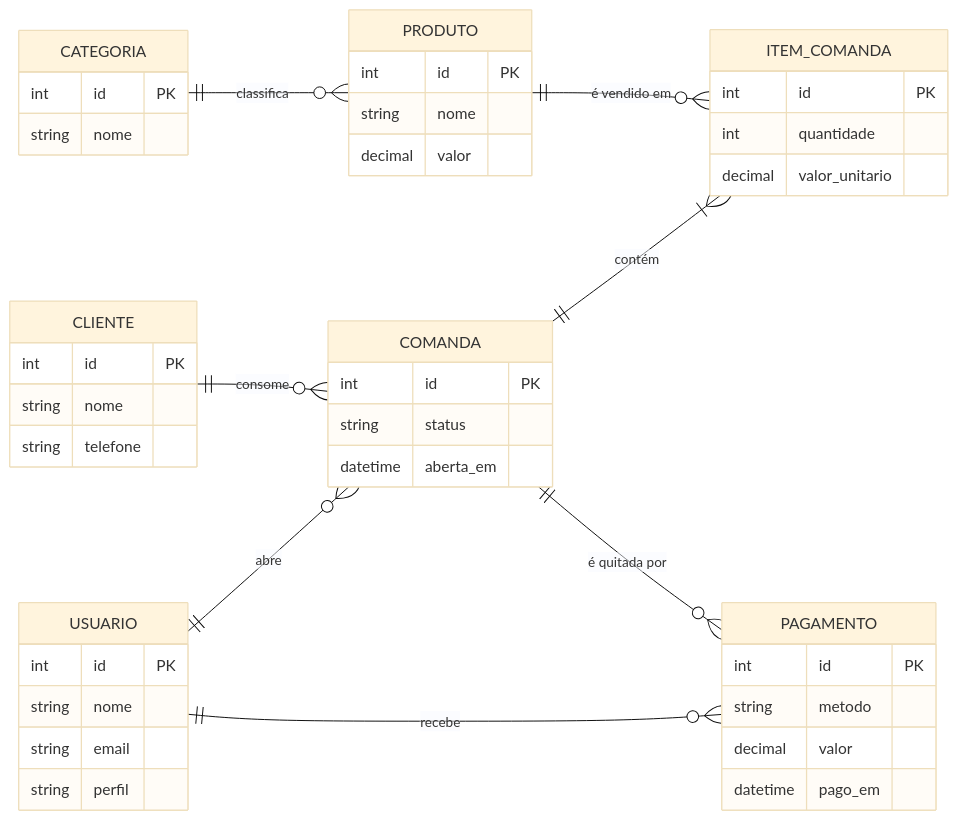
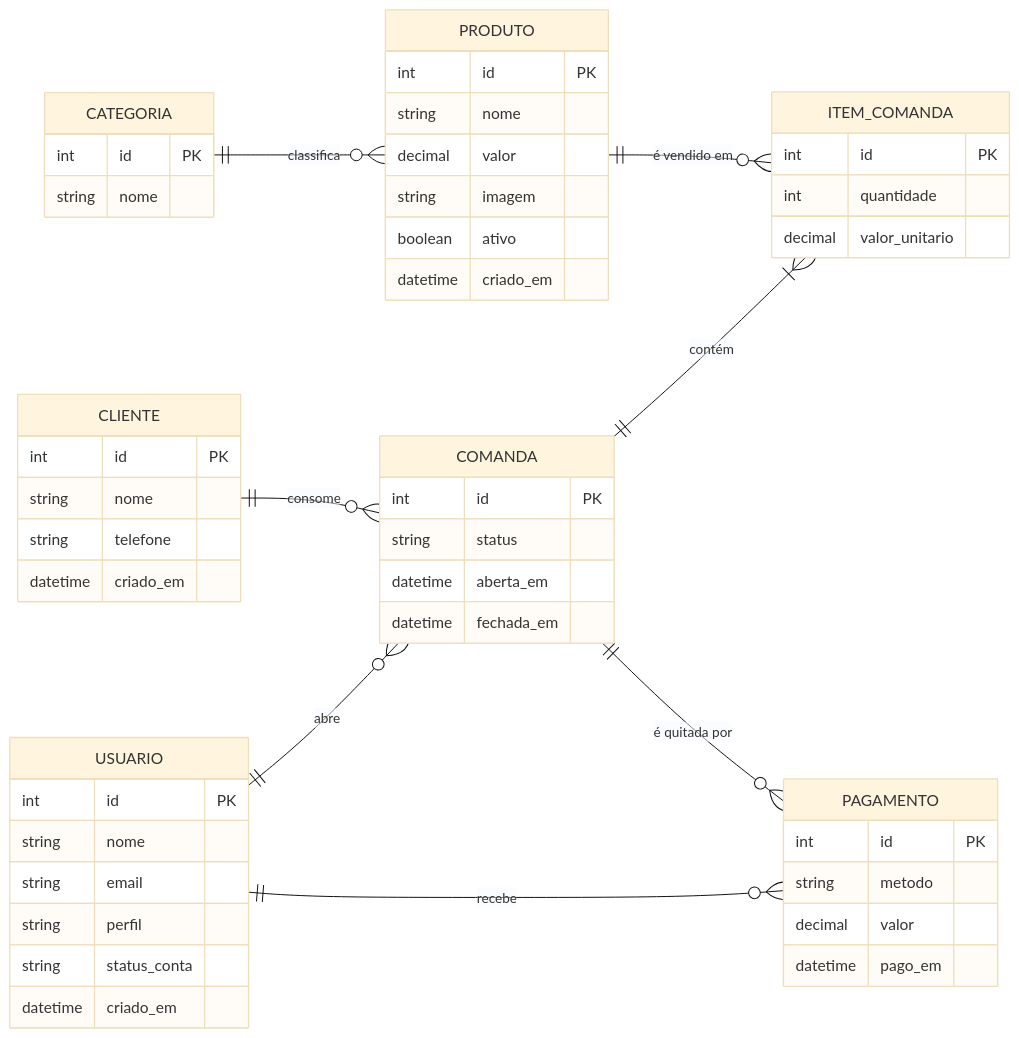
Before and after one commit to heltonribeirodev/a3-banco-de-dados: the diagram in dev/db/DER_conceitual.mmd, drawn with Mermaid (base theme). The commit also changed 2 other files, not shown here.

```diff
--- a/dev/db/DER_conceitual.mmd
+++ b/dev/db/DER_conceitual.mmd
@@ -1,32 +1,39 @@
 erDiagram
     direction LR
     CATEGORIA   ||--o{ PRODUTO     : "classifica"
     PRODUTO     ||--o{ ITEM_COMANDA: "é vendido em"
     COMANDA     ||--|{ ITEM_COMANDA: "contém"
     CLIENTE     ||--o{ COMANDA     : "consome"
     USUARIO     ||--o{ COMANDA     : "abre"
     COMANDA     ||--o{ PAGAMENTO   : "é quitada por"
     USUARIO     ||--o{ PAGAMENTO   : "recebe"
 
     USUARIO { int id PK
               string nome
               string email
-              string perfil }
+              string perfil
+              string status_conta
+              datetime criado_em }
     CLIENTE { int id PK
               string nome
-              string telefone }
+              string telefone
+              datetime criado_em }
     CATEGORIA { int id PK
                 string nome }
     PRODUTO { int id PK
               string nome
-              decimal valor }
+              decimal valor
+              string imagem
+              boolean ativo
+              datetime criado_em }
     COMANDA { int id PK
               string status
-              datetime aberta_em }
+              datetime aberta_em
+              datetime fechada_em }
     ITEM_COMANDA { int id PK
                    int quantidade
                    decimal valor_unitario }
     PAGAMENTO { int id PK
                 string metodo
                 decimal valor
                 datetime pago_em }
```
